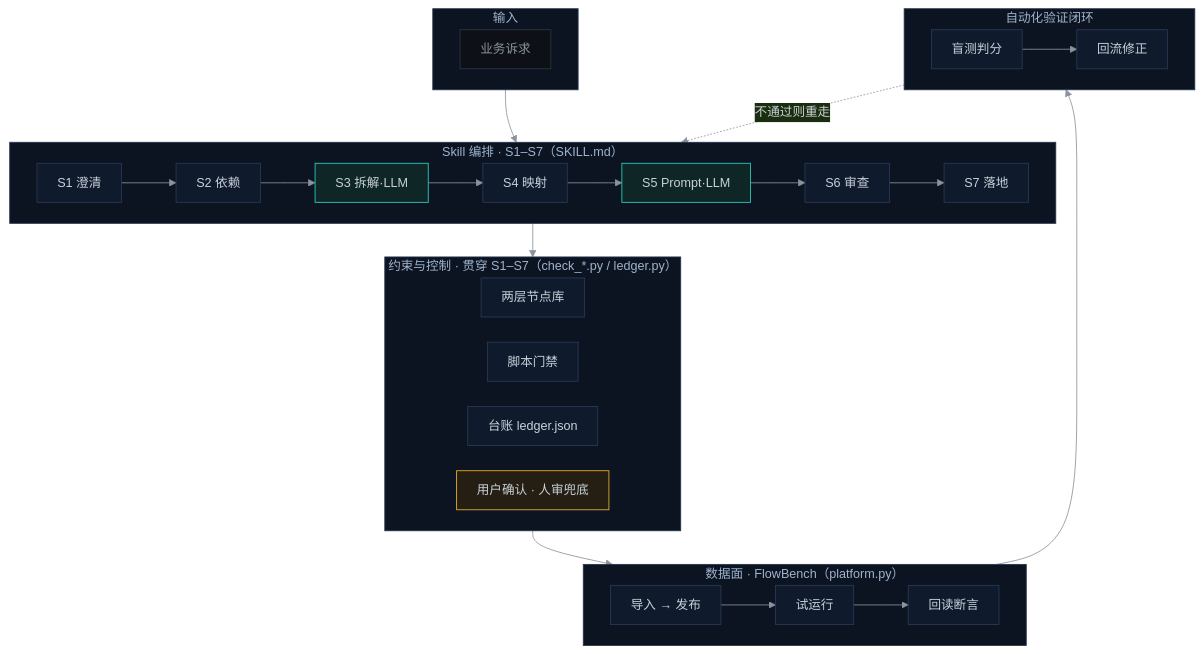
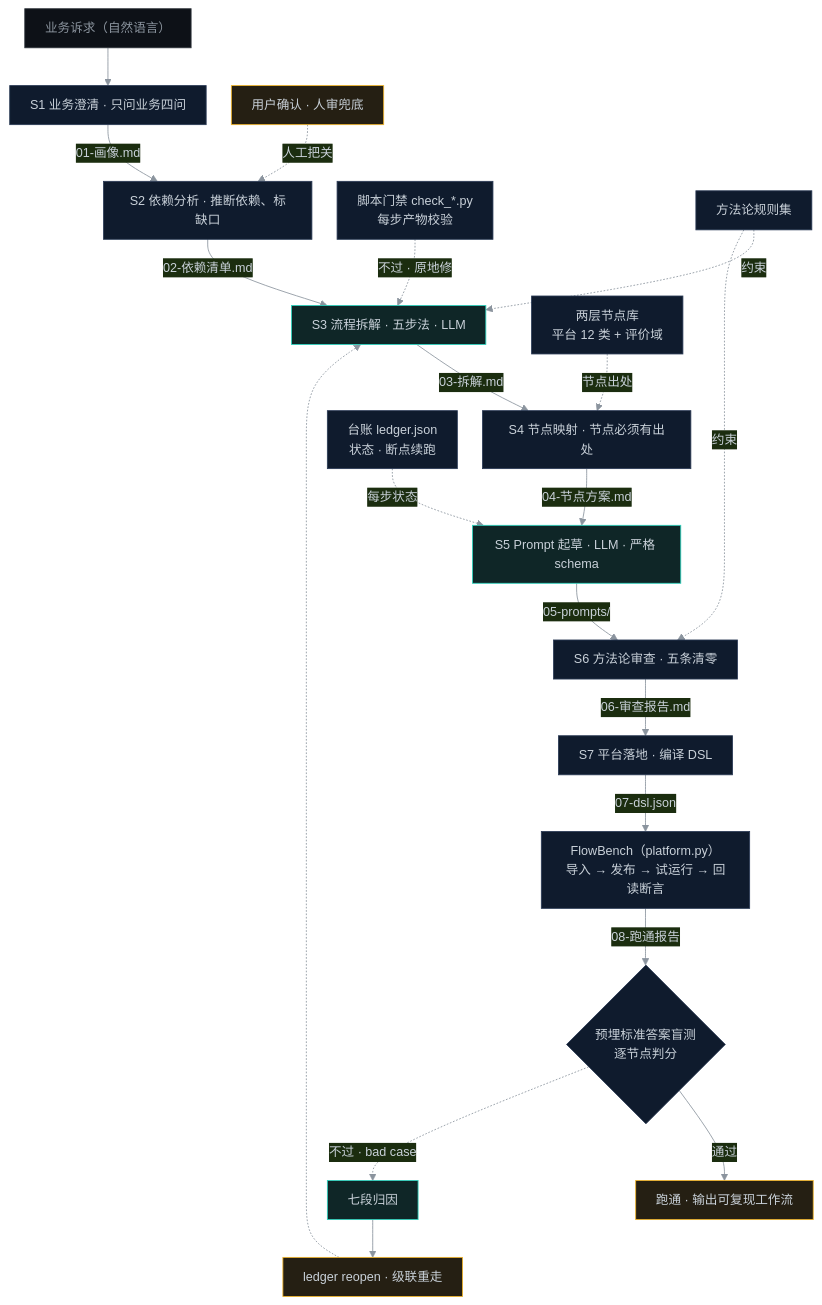
One commit to mumudecrance-ship-it/ai-agent-portfolio changed the first of 2 diagrams in README.md. Above: the diagram before and after it, drawn with Mermaid. The commit also changed other lines of this file, not shown here.

Commit message:
以原版逻辑重构架构图：恢复 S1-S7 门禁/台账/盲测回流完整链路与多 Agent 结算/签发分支

````diff
--- a/README.md
+++ b/README.md
@@ -87,42 +87,29 @@
 ```mermaid
-%%{init: {'theme': 'base', 'themeVariables': {'backgroundColor': '#0a1120', 'primaryColor': '#0f1b2d', 'primaryTextColor': '#c9d1d9', 'primaryBorderColor': '#2a3a55', 'lineColor': '#8b949e', 'fontSize': '15px', 'clusterBkg': '#0c1422', 'clusterBorder': '#24344d', 'titleColor': '#9fb3cc'}, 'flowchart': {'nodeSpacing': 30, 'rankSpacing': 40, 'padding': 12}}}%%
+%%{init: {'theme': 'base', 'themeVariables': {'backgroundColor': '#0a1120', 'primaryColor': '#0f1b2d', 'primaryTextColor': '#c9d1d9', 'primaryBorderColor': '#2a3a55', 'lineColor': '#8b949e', 'fontSize': '15px', 'clusterBkg': '#0c1422', 'clusterBorder': '#24344d', 'titleColor': '#9fb3cc'}, 'flowchart': {'nodeSpacing': 30, 'rankSpacing': 45, 'padding': 12}}}%%
 flowchart TB
-    subgraph IN["输入"]
-        direction LR
-        REQ["业务诉求"]:::in
-    end
+    REQ["业务诉求（自然语言）"]:::in --> S1
+    S1["S1 业务澄清 · 只问业务四问"]:::base -->|01-画像.md| S2["S2 依赖分析 · 推断依赖、标缺口"]:::base
+    S2 -->|02-依赖清单.md| S3["S3 流程拆解 · 五步法 · LLM"]:::ai
+    S3 -->|03-拆解.md| S4["S4 节点映射 · 节点必须有出处"]:::base
+    S4 -->|04-节点方案.md| S5["S5 Prompt 起草 · LLM · 严格 schema"]:::ai
+    S5 -->|05-prompts/| S6["S6 方法论审查 · 五条清零"]:::base
+    S6 -->|06-审查报告.md| S7["S7 平台落地 · 编译 DSL"]:::base
+    S7 -->|07-dsl.json| DEPLOY["FlowBench（platform.py）<br/>导入 → 发布 → 试运行 → 回读断言"]:::base
+    DEPLOY -->|08-跑通报告| VERIFY{"预埋标准答案盲测<br/>逐节点判分"}
+    VERIFY -->|通过| DONE["跑通 · 输出可复现工作流"]:::human
+    VERIFY -.->|不过 · bad case| ATTR["七段归因"]:::ai
+    ATTR --> REOPEN["ledger reopen · 级联重走"]:::human
+    REOPEN -.-> S3
 
-    subgraph SKILL["Skill 编排 · S1–S7（SKILL.md）"]
-        direction LR
-        S1["S1 澄清"]:::base --> S2["S2 依赖"]:::base --> S3["S3 拆解·LLM"]:::ai --> S4["S4 映射"]:::base --> S5["S5 Prompt·LLM"]:::ai --> S6["S6 审查"]:::base --> S7["S7 落地"]:::base
-    end
-
-    subgraph CTRL["约束与控制 · 贯穿 S1–S7（check_*.py / ledger.py）"]
-        direction LR
-        LIB["两层节点库"]:::base
-        GATE["脚本门禁"]:::base
-        LEDGER["台账 ledger.json"]:::base
-        HUMAN["用户确认 · 人审兜底"]:::human
-    end
-
-    subgraph FLOW["数据面 · FlowBench（platform.py）"]
-        direction LR
-        DEPLOY["导入 → 发布"]:::base --> EXEC["试运行"]:::base --> RB["回读断言"]:::base
-    end
-
-    subgraph LOOP["自动化验证闭环"]
-        direction LR
-        BLIND["盲测判分"]:::base --> FIX["回流修正"]:::base
-    end
-
-    IN --> SKILL
-    SKILL --> CTRL
-    CTRL --> FLOW
-    FLOW --> LOOP
-    LOOP -.->|不通过则重走| SKILL
+    GATE["脚本门禁 check_*.py<br/>每步产物校验"]:::base -.->|不过 · 原地修| S3
+    LEDGER["台账 ledger.json<br/>状态 · 断点续跑"]:::base -.->|每步状态| S5
+    LIB["两层节点库<br/>平台 12 类 + 评价域"]:::base -.->|节点出处| S4
+    RULE["方法论规则集"]:::base -.->|约束| S3
+    RULE -.->|约束| S6
+    HUMAN["用户确认 · 人审兜底"]:::human -.->|人工把关| S2
 
     classDef base fill:#0f1b2d,stroke:#2a3a55,color:#c9d1d9;
     classDef in fill:#0d1117,stroke:#30363d,color:#8b949e;
     classDef ai fill:#0f2627,stroke:#2dd4bf,color:#c9d1d9;
     classDef human fill:#251f13,stroke:#f0b429,color:#c9d1d9;
 ```
````
